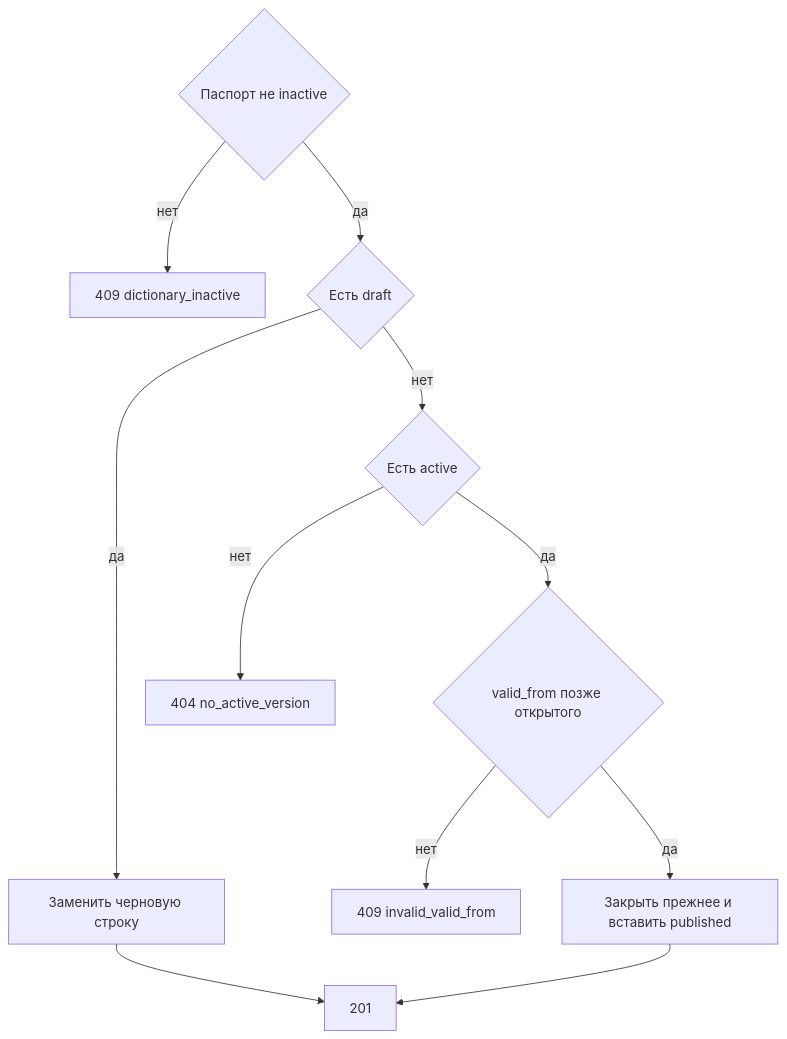
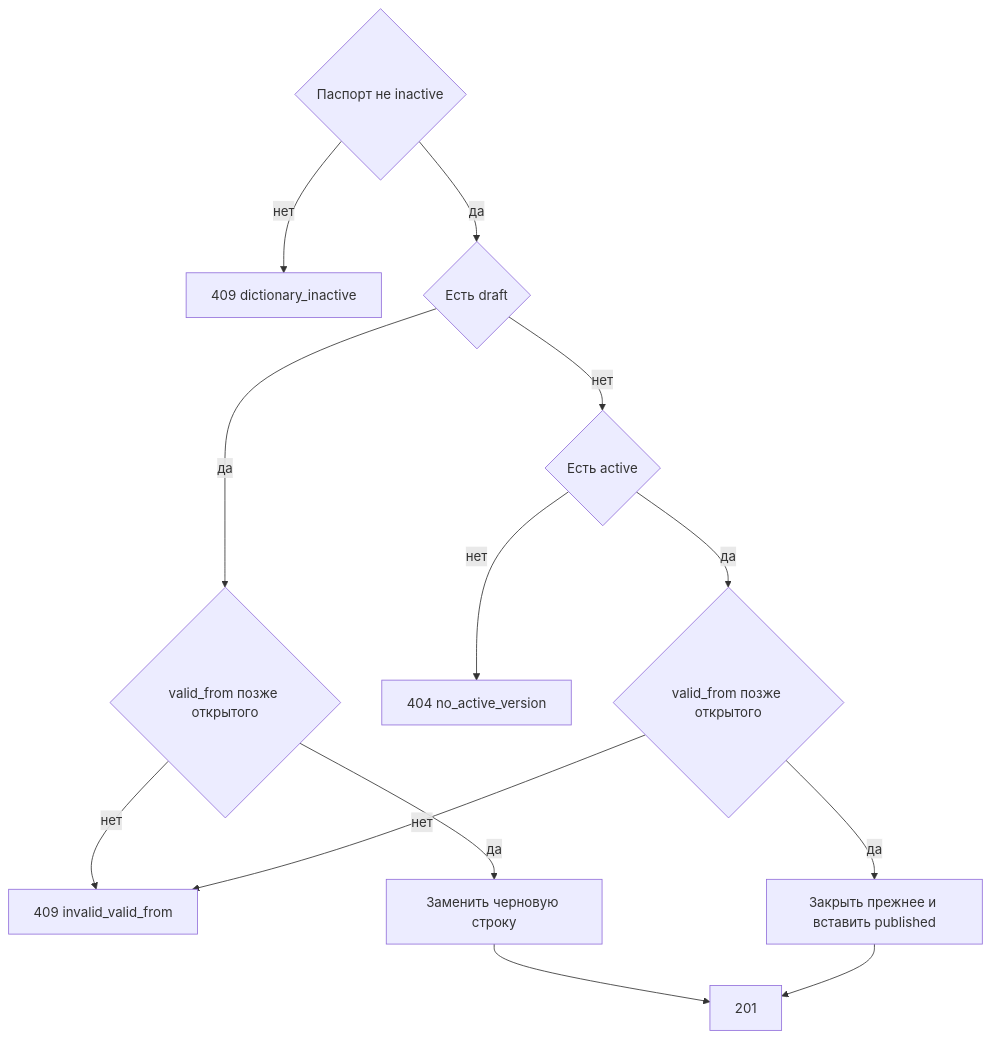
Before and after one commit to StrannikE95/reference_data: the diagram in docs/1. functional/specification/v2 - 1 таблица/api/management.api/DataController/post_row.md, drawn with Mermaid. The commit also changed other lines of this file and 6 other files, not shown here.

````diff
--- a/docs/1. functional/specification/v2 - 1 таблица/api/management.api/DataController/post_row.md
+++ b/docs/1. functional/specification/v2 - 1 таблица/api/management.api/DataController/post_row.md
@@ -79,13 +83,15 @@
 ```mermaid
 flowchart TD
   live{"Паспорт не inactive"} -->|нет| off["409 dictionary_inactive"]
   live -->|да| hasDraft{"Есть draft"}
-  hasDraft -->|да| drow["Заменить черновую строку"]
+  hasDraft -->|да| laterDraft{"valid_from позже открытого"}
+  laterDraft -->|нет| bad["409 invalid_valid_from"]
+  laterDraft -->|да| drow["Заменить черновую строку"]
   hasDraft -->|нет| hasActive{"Есть active"}
   hasActive -->|нет| noAct["404 no_active_version"]
   hasActive -->|да| later{"valid_from позже открытого"}
-  later -->|нет| bad["409 invalid_valid_from"]
+  later -->|нет| bad
   later -->|да| close["Закрыть прежнее и вставить published"]
   drow --> ok["201"]
   close --> ok
 ```
````
